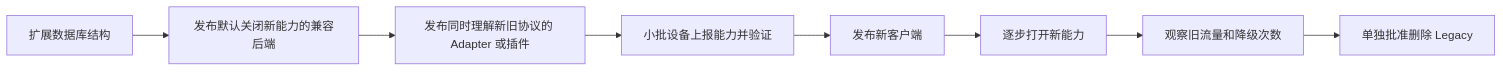
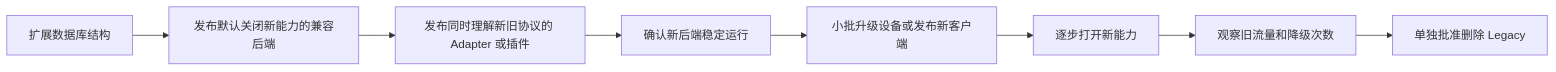
One commit to ALVIN-YANG/alvin-notes changed the sixth of 6 diagrams in src/content/docs/architecture/smooth-client-server-device-upgrade.md. Above: the diagram before and after it, drawn with Mermaid. The commit also changed other lines of this file, not shown here.

Commit message:
docs(architecture): sharpen upgrade recommendations

````diff
--- a/src/content/docs/architecture/smooth-client-server-device-upgrade.md
+++ b/src/content/docs/architecture/smooth-client-server-device-upgrade.md
@@ -193,10 +196,10 @@
 ```mermaid
 flowchart LR
     A[扩展数据库结构] --> B[发布默认关闭新能力的兼容后端]
     B --> C[发布同时理解新旧协议的 Adapter 或插件]
-    C --> D[小批设备上报能力并验证]
-    D --> E[发布新客户端]
+    C --> D[确认新后端稳定运行]
+    D --> E[小批升级设备或发布新客户端]
     E --> F[逐步打开新能力]
     F --> G[观察旧流量和降级次数]
     G --> H[单独批准删除 Legacy]
 ```
````
